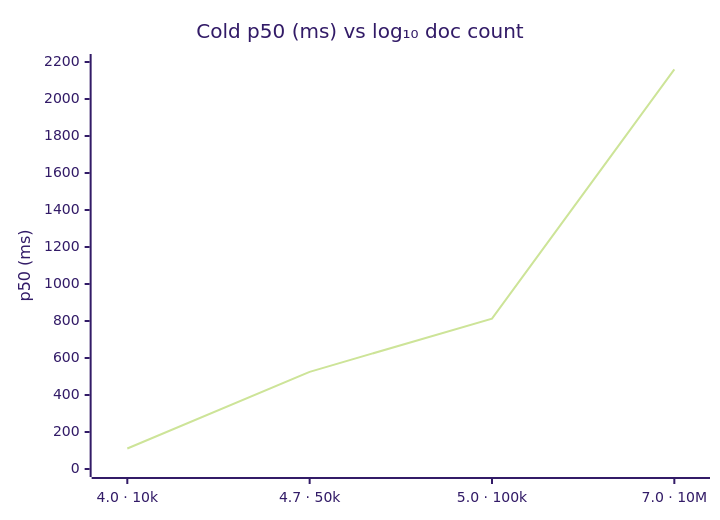
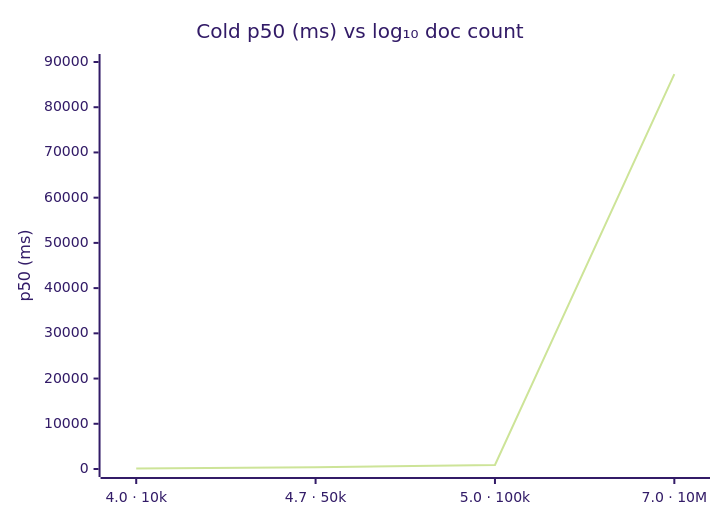
Before and after one commit to av/openpuffer: the first of 2 diagrams in docs/reports/BENCHMARK_VS_TURBOPUFFER_SCALING_2026-06-04.md, drawn with Mermaid (forest theme). The commit also changed other lines of this file and 1 other file, not shown here.

````diff
--- a/docs/reports/BENCHMARK_VS_TURBOPUFFER_SCALING_2026-06-04.md
+++ b/docs/reports/BENCHMARK_VS_TURBOPUFFER_SCALING_2026-06-04.md
@@ -70,7 +72,7 @@
 ```mermaid
 xychart-beta
     title "Cold p50 (ms) vs log₁₀ doc count"
     x-axis ["4.0 · 10k", "4.7 · 50k", "5.0 · 100k", "7.0 · 10M"]
-    y-axis "p50 (ms)" 0 --> 2200
-    line "openpuffer (measured + extrap)" [111, 525, 813, 2160]
+    y-axis "p50 (ms)" 0 --> 90000
+    line "openpuffer (measured + extrap)" [96, 412, 880, 87321]
 ```
````
